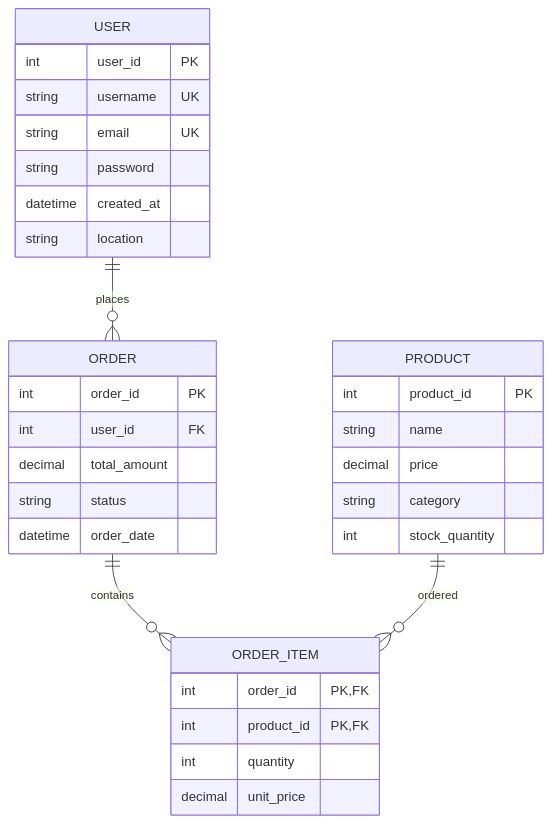
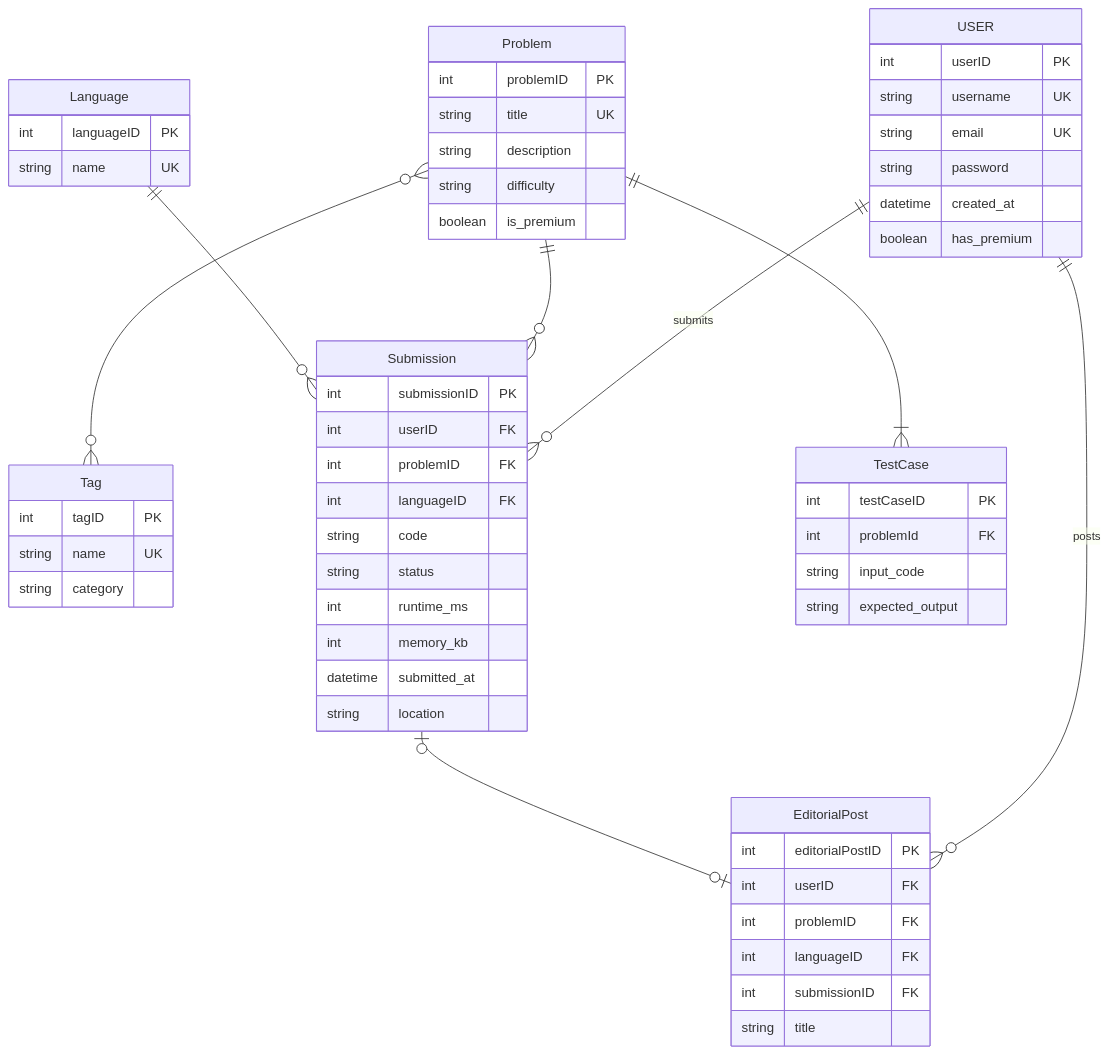
Before and after one commit to Cammp3r/KPI-2-LABS: the diagram in lab1/diagram.md, drawn with Mermaid. The commit also changed 1 other file, not shown here.

````diff
--- a/lab1/diagram.md
+++ b/lab1/diagram.md
@@ -1,39 +1,71 @@
 ```mermaid
-    erDiagram
+   erDiagram
     USER {
-        int user_id PK
+        int userID PK
         string username UK
         string email UK
         string password
         datetime created_at
-        string location
+        boolean has_premium
     }
 
-    ORDER {
-        int order_id PK
-        int user_id FK
-        decimal total_amount
-        string status
-        datetime order_date
+    Problem {
+        int problemID PK
+        string title UK
+       string description
+       string difficulty
+       boolean is_premium
     }
 
-    PRODUCT {
-        int product_id PK
-        string name
-        decimal price
-        string category
-        int stock_quantity
+    Tag {
+       int tagID PK
+string name UK
+string category
     }
 
-    ORDER_ITEM {
-        int order_id PK,FK
-        int product_id PK,FK
-        int quantity
-        decimal unit_price
+    Submission {
+        int submissionID PK
+int userID FK
+int problemID FK
+int languageID FK
+string code
+string status
+int runtime_ms
+int memory_kb
+datetime submitted_at
+string location
     }
 
-    USER ||--o{ ORDER : "places"
-    ORDER ||--o{ ORDER_ITEM : "contains"
-    PRODUCT ||--o{ ORDER_ITEM : "ordered"
+Language {
+int languageID PK
+string name UK
+}
+
+TestCase {
+int testCaseID PK
+int problemId FK
+string input_code
+string expected_output
+}
+
+EditorialPost {
+int editorialPostID PK
+int userID FK
+int problemID FK
+int languageID FK
+int submissionID FK
+string title
+
+
+}
+
+
+    USER ||--o{ Submission : "submits"
+USER ||--o{ EditorialPost : "posts"
+Problem ||--o{Submission : ""
+Language ||--o{Submission : ""
+Problem ||--|{TestCase : ""
+Problem }o--o{Tag : ""
+Submission o|--o|EditorialPost : ""
    
 ```
````
